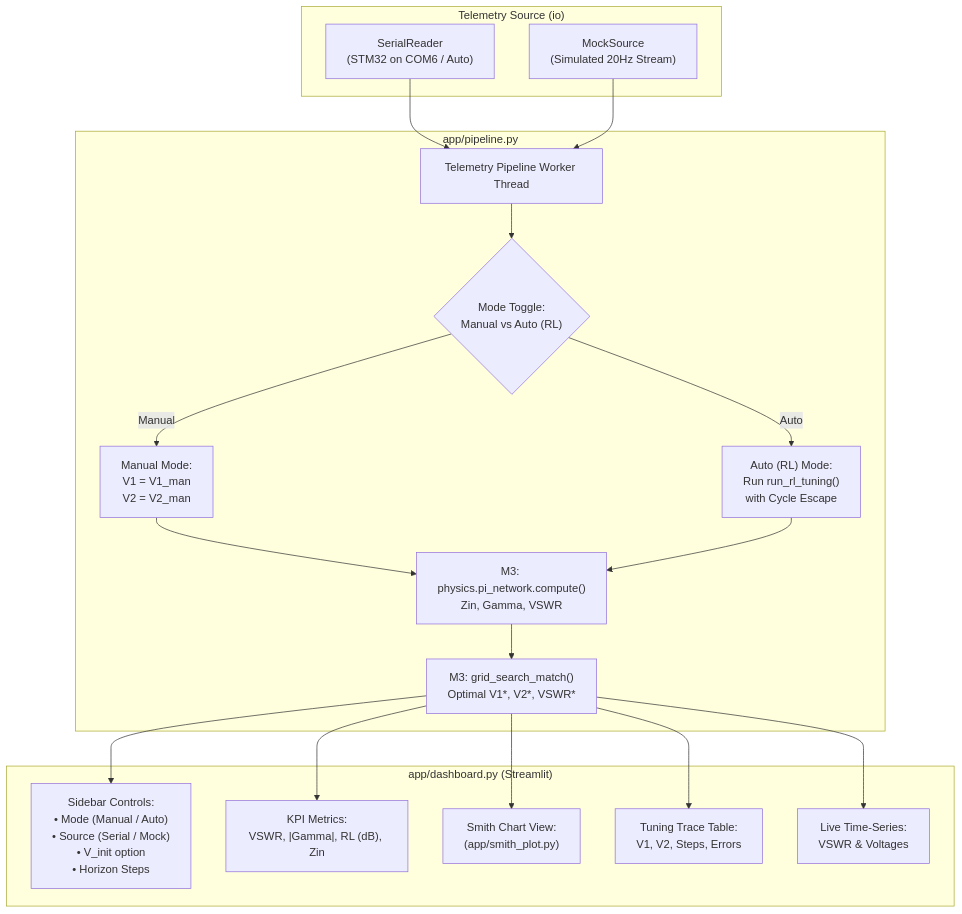
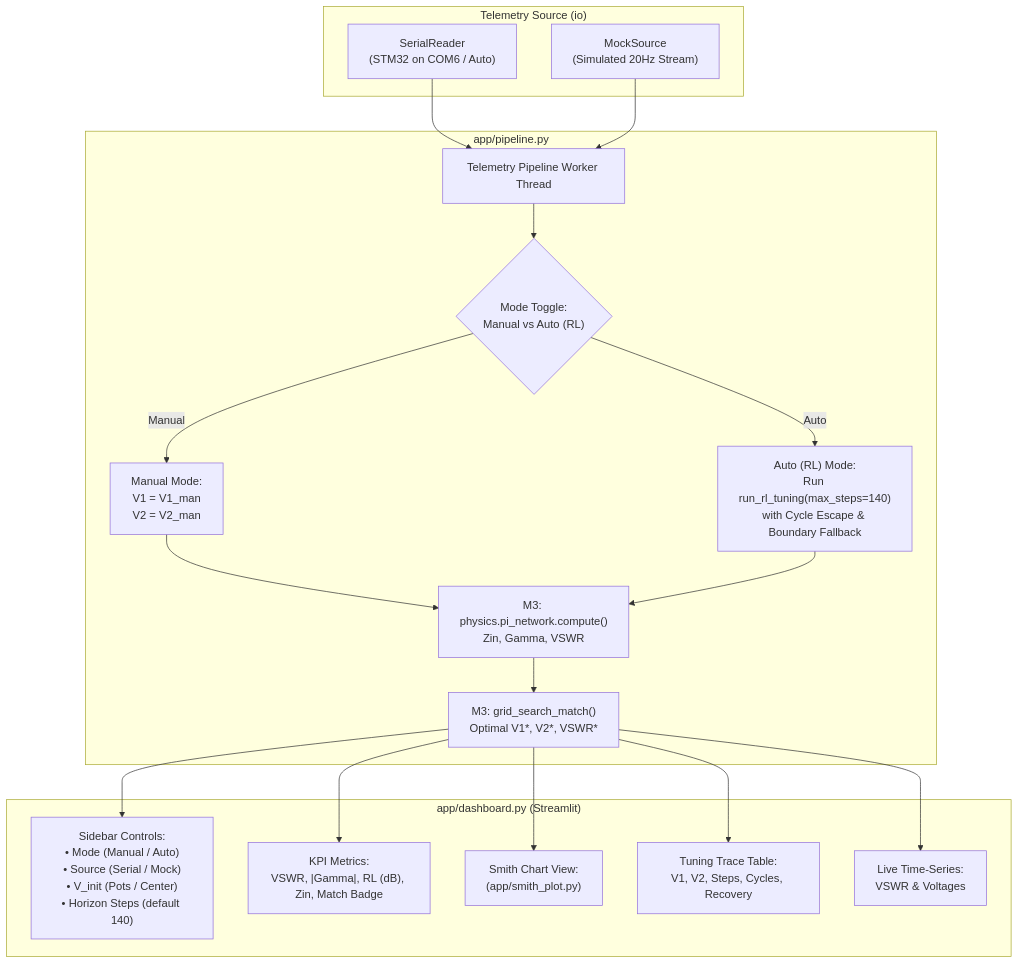
The first of 2 diagrams in plan_m5.md (iMayankGaurav/AutonomousImpedanceMatchingNetwork), drawn with Mermaid before and after one commit. The commit also changed other lines of this file, not shown here.

Commit message:
Update M5 Implementation Plan: Adjust RL parameters and enhance cycle detection logic

````diff
--- a/plan_m5.md
+++ b/plan_m5.md
@@ -89,34 +93,34 @@
 ```mermaid
 flowchart TD
     subgraph Hardware_or_Mock["Telemetry Source (io)"]
         COM["SerialReader\n(STM32 on COM6 / Auto)"]
         MOCK["MockSource\n(Simulated 20Hz Stream)"]
     end
 
     subgraph Pipeline["app/pipeline.py"]
         Worker["Telemetry Pipeline Worker Thread"]
         ModeCheck{"Mode Toggle:\nManual vs Auto (RL)"}
         ManualProc["Manual Mode:\nV1 = V1_man\nV2 = V2_man"]
-        AutoProc["Auto (RL) Mode:\nRun run_rl_tuning()\nwith Cycle Escape"]
+        AutoProc["Auto (RL) Mode:\nRun run_rl_tuning(max_steps=140)\nwith Cycle Escape & Boundary Fallback"]
         PhysCompute["M3: physics.pi_network.compute()\nZin, Gamma, VSWR"]
         OracleSearch["M3: grid_search_match()\nOptimal V1*, V2*, VSWR*"]
     end
 
     subgraph Dashboard["app/dashboard.py (Streamlit)"]
-        Sidebar["Sidebar Controls:\n• Mode (Manual / Auto)\n• Source (Serial / Mock)\n• V_init option\n• Horizon Steps"]
-        KPIs["KPI Metrics:\nVSWR, |Gamma|, RL (dB), Zin"]
+        Sidebar["Sidebar Controls:\n• Mode (Manual / Auto)\n• Source (Serial / Mock)\n• V_init (Pots / Center)\n• Horizon Steps (default 140)"]
+        KPIs["KPI Metrics:\nVSWR, |Gamma|, RL (dB), Zin, Match Badge"]
         SmithView["Smith Chart View:\n(app/smith_plot.py)"]
-        TraceTable["Tuning Trace Table:\nV1, V2, Steps, Errors"]
+        TraceTable["Tuning Trace Table:\nV1, V2, Steps, Cycles, Recovery"]
         HistoryPlot["Live Time-Series:\nVSWR & Voltages"]
     end
 
     COM --> Worker
     MOCK --> Worker
     Worker --> ModeCheck
     ModeCheck -->|Manual| ManualProc
     ModeCheck -->|Auto| AutoProc
     ManualProc --> PhysCompute
     AutoProc --> PhysCompute
     PhysCompute --> OracleSearch
     OracleSearch --> Sidebar & KPIs & SmithView & TraceTable & HistoryPlot
 ```
````
